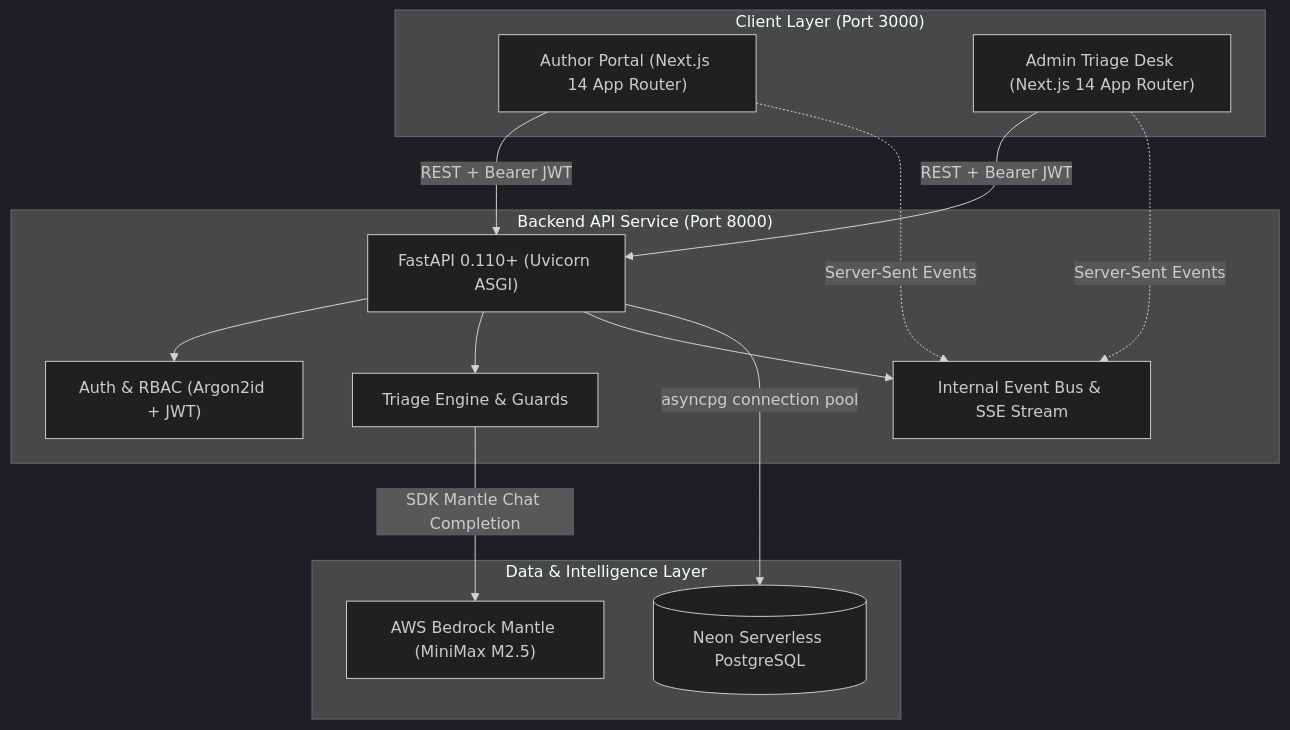
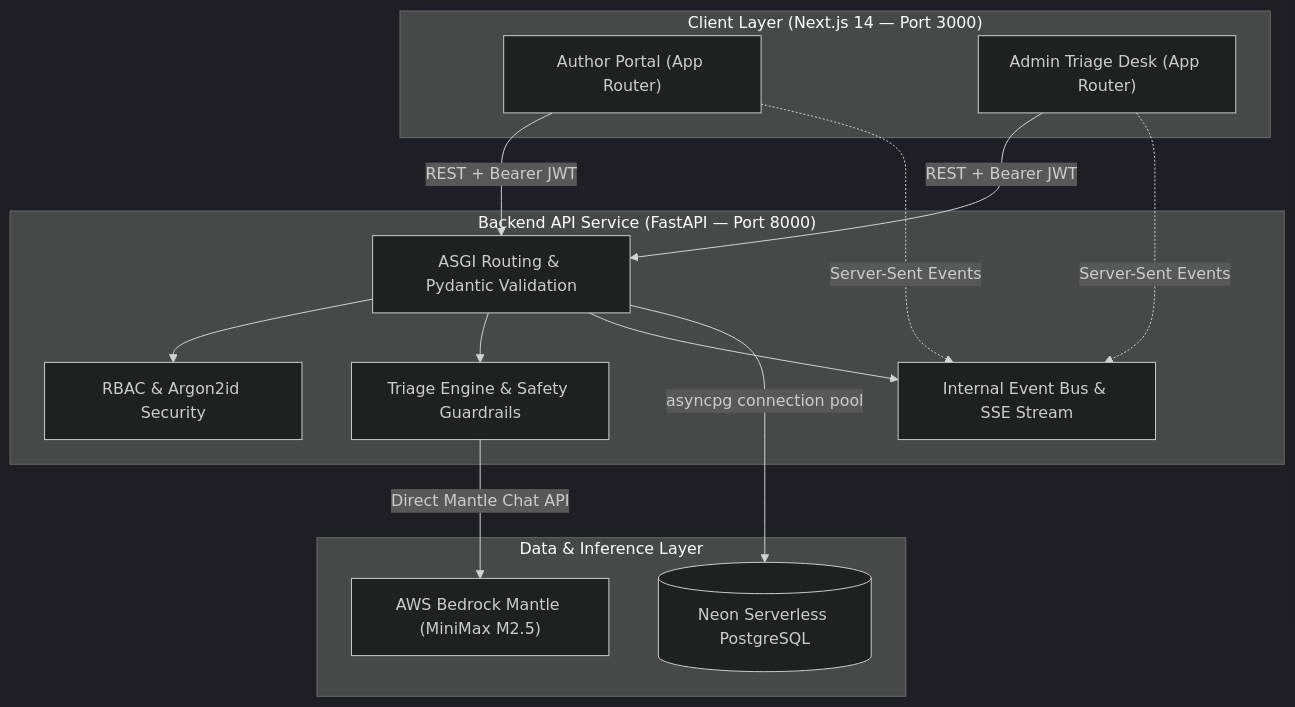
One commit to sawanb22/bookleaf-author-support-portal changed the diagram in README.md. Above: the diagram before and after it, drawn with Mermaid (dark theme). The commit also changed other lines of this file and 1 other file, not shown here.

````diff
--- a/README.md
+++ b/README.md
@@ -64,31 +51,31 @@
 ```mermaid
 flowchart TD
-    subgraph Client ["Client Layer (Port 3000)"]
-        AuthorUI["Author Portal (Next.js 14 App Router)"]
-        AdminUI["Admin Triage Desk (Next.js 14 App Router)"]
+    subgraph Client ["Client Layer (Next.js 14 — Port 3000)"]
+        AuthorUI["Author Portal (App Router)"]
+        AdminUI["Admin Triage Desk (App Router)"]
     end
 
-    subgraph Backend ["Backend API Service (Port 8000)"]
-        API["FastAPI 0.110+ (Uvicorn ASGI)"]
-        AuthModule["Auth & RBAC (Argon2id + JWT)"]
-        TriageEngine["Triage Engine & Guards"]
+    subgraph Backend ["Backend API Service (FastAPI — Port 8000)"]
+        API["ASGI Routing & Pydantic Validation"]
+        AuthModule["RBAC & Argon2id Security"]
+        TriageEngine["Triage Engine & Safety Guardrails"]
         EventBus["Internal Event Bus & SSE Stream"]
     end
 
-    subgraph DataAI ["Data & Intelligence Layer"]
+    subgraph DataAI ["Data & Inference Layer"]
         DB[(Neon Serverless PostgreSQL)]
         Bedrock["AWS Bedrock Mantle (MiniMax M2.5)"]
     end
 
     AuthorUI -->|REST + Bearer JWT| API
     AdminUI -->|REST + Bearer JWT| API
     AuthorUI -.->|Server-Sent Events| EventBus
     AdminUI -.->|Server-Sent Events| EventBus
 
     API --> AuthModule
     API --> TriageEngine
     API --> EventBus
 
     API -->|asyncpg connection pool| DB
-    TriageEngine -->|SDK Mantle Chat Completion| Bedrock
+    TriageEngine -->|Direct Mantle Chat API| Bedrock
 ```
````
